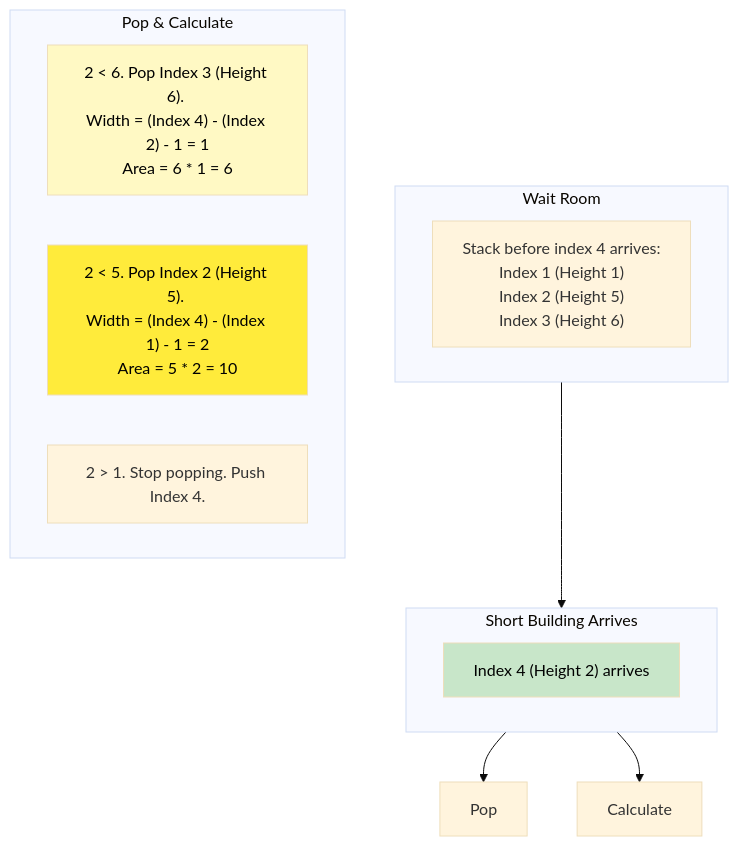
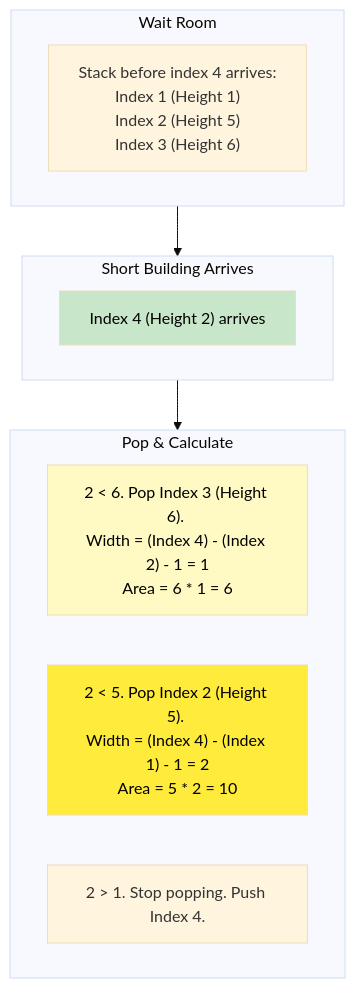
The diagram in 09 - Monotonic Stack/problem_06_largest_rectangle_in_histogram_walkthrough.md (vadde/DSA), drawn with Mermaid (base theme) before and after one commit. The commit also changed 32 other files, not shown here.

Commit message:
fix: comprehensively repair all remaining unquoted spaced arrow targets in flowcharts

````diff
--- a/09 - Monotonic Stack/problem_06_largest_rectangle_in_histogram_walkthrough.md
+++ b/09 - Monotonic Stack/problem_06_largest_rectangle_in_histogram_walkthrough.md
@@ -56,23 +56,23 @@
 ```mermaid
 flowchart TD
     subgraph WaitRoom [Wait Room]
         W1["Stack before index 4 arrives:\nIndex 1 (Height 1)\nIndex 2 (Height 5)\nIndex 3 (Height 6)"]
     end
     
     subgraph ShortBuildingArrives [Short Building Arrives]
         A1["Index 4 (Height 2) arrives"]
     end
     
     subgraph PopCalculate ["Pop & Calculate"]
         R1["2 < 6. Pop Index 3 (Height 6). \nWidth = (Index 4) - (Index 2) - 1 = 1\nArea = 6 * 1 = 6"]
         R2["2 < 5. Pop Index 2 (Height 5). \nWidth = (Index 4) - (Index 1) - 1 = 2\nArea = 5 * 2 = 10"]
         R3["2 > 1. Stop popping. Push Index 4."]
     end
 
 WaitRoom --> ShortBuildingArrives
-ShortBuildingArrives --> Pop & Calculate
+ShortBuildingArrives --> PopCalculate
     
     style A1 fill:#c8e6c9,color:#000
     style R1 fill:#fff9c4,color:#000
     style R2 fill:#ffeb3b,color:#000
 ```
````
